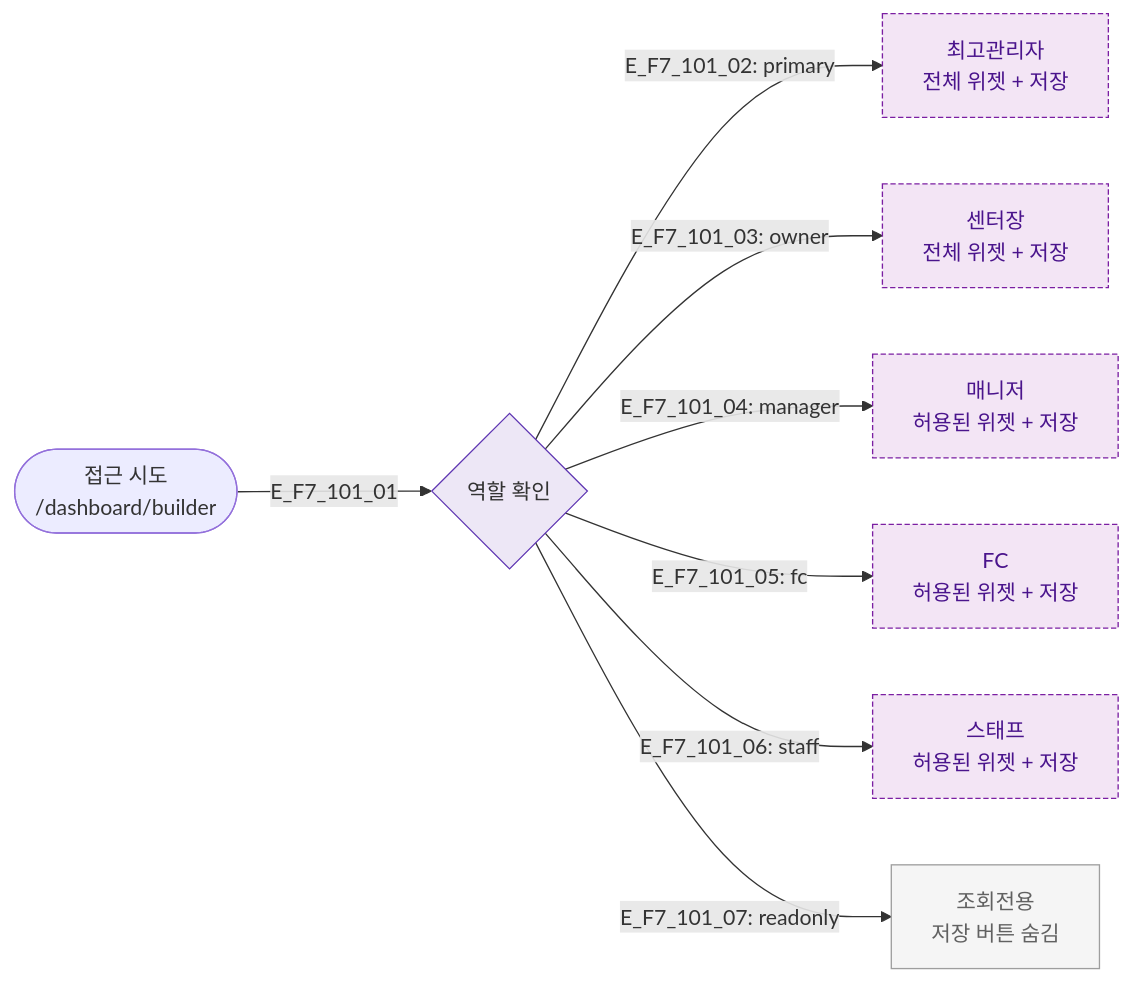
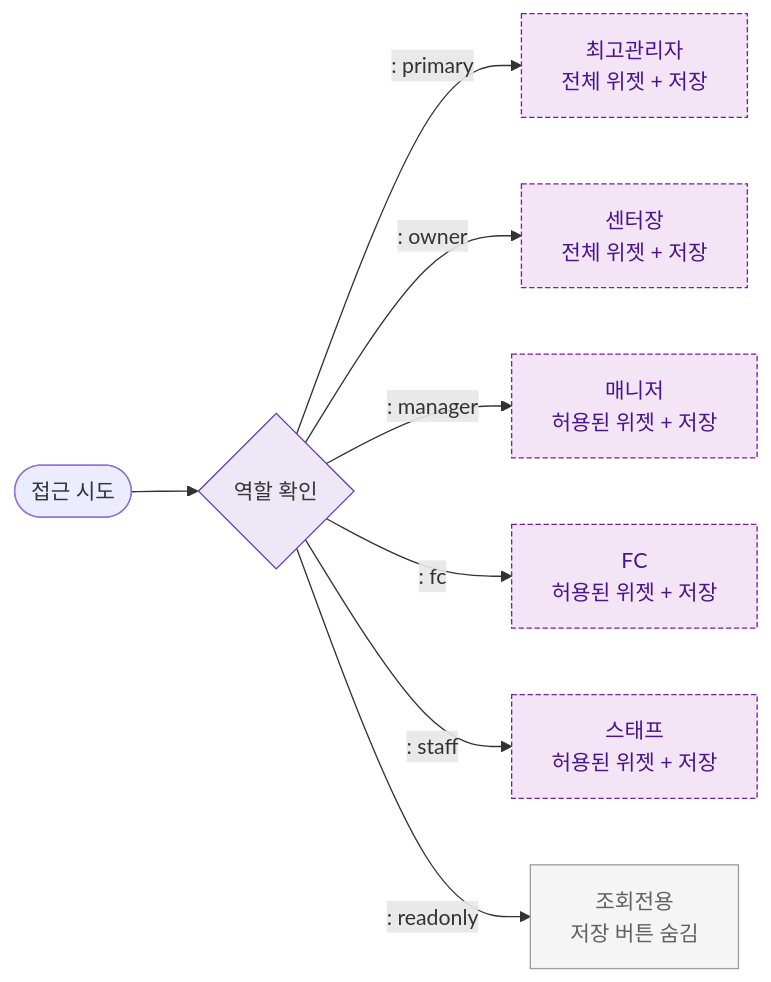
Before and after one commit to dev-spogym/admin-pando: the diagram in docs/다이어그램/D10_본사관리/SCR-101_커스텀대시보드빌더/F7_권한RBAC.md, drawn with Mermaid. The commit also changed other lines of this file and 1660 other files, not shown here.

First line of the commit message:
다이어그램: 기획자/클라이언트 납품본으로 정리

````diff
--- a/docs/다이어그램/D10_본사관리/SCR-101_커스텀대시보드빌더/F7_권한RBAC.md
+++ b/docs/다이어그램/D10_본사관리/SCR-101_커스텀대시보드빌더/F7_권한RBAC.md
@@ -14,20 +12,20 @@
 ```mermaid
 flowchart LR
-    User([접근 시도\n/dashboard/builder])
-    User -->|E_F7_101_01| RoleCheck{역할 확인}
+    User([접근 시도\n])
+    User --> RoleCheck{역할 확인}
 
-    RoleCheck -->|"E_F7_101_02: primary"| P[최고관리자\n전체 위젯 + 저장]
-    RoleCheck -->|"E_F7_101_03: owner"| O[센터장\n전체 위젯 + 저장]
-    RoleCheck -->|"E_F7_101_04: manager"| M[매니저\n허용된 위젯 + 저장]
-    RoleCheck -->|"E_F7_101_05: fc"| FC[FC\n허용된 위젯 + 저장]
-    RoleCheck -->|"E_F7_101_06: staff"| S[스태프\n허용된 위젯 + 저장]
-    RoleCheck -->|"E_F7_101_07: readonly"| RO[조회전용\n저장 버튼 숨김]
+    RoleCheck -->|": primary"|P[최고관리자\n전체 위젯 + 저장]
+    RoleCheck -->|": owner"|O[센터장\n전체 위젯 + 저장]
+    RoleCheck -->|": manager"|M[매니저\n허용된 위젯 + 저장]
+    RoleCheck -->|": fc"|FC[FC\n허용된 위젯 + 저장]
+    RoleCheck -->|": staff"|S[스태프\n허용된 위젯 + 저장]
+    RoleCheck -->|": readonly"|RO[조회전용\n저장 버튼 숨김]
 
     classDef screen fill:#E3F2FD,stroke:#1976D2,color:#0D47A1
     classDef newFeature fill:#F3E5F5,stroke:#7B1FA2,color:#4A148C,stroke-dasharray:4 2
     classDef rbacBlocked fill:#F5F5F5,stroke:#9E9E9E,color:#616161
     classDef system fill:#EDE7F6,stroke:#5E35B2
     class P,O,M,FC,S newFeature
     class RO rbacBlocked
     class RoleCheck system
 ```
````
